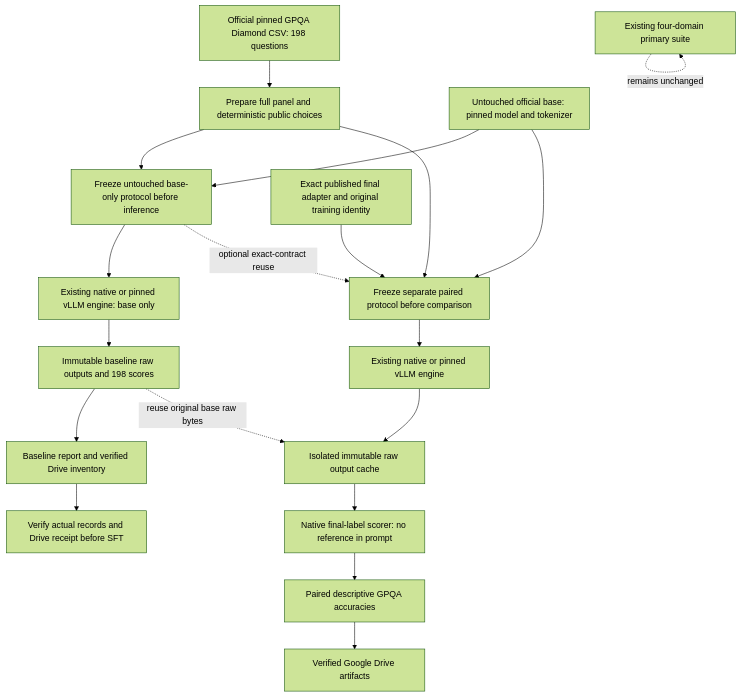
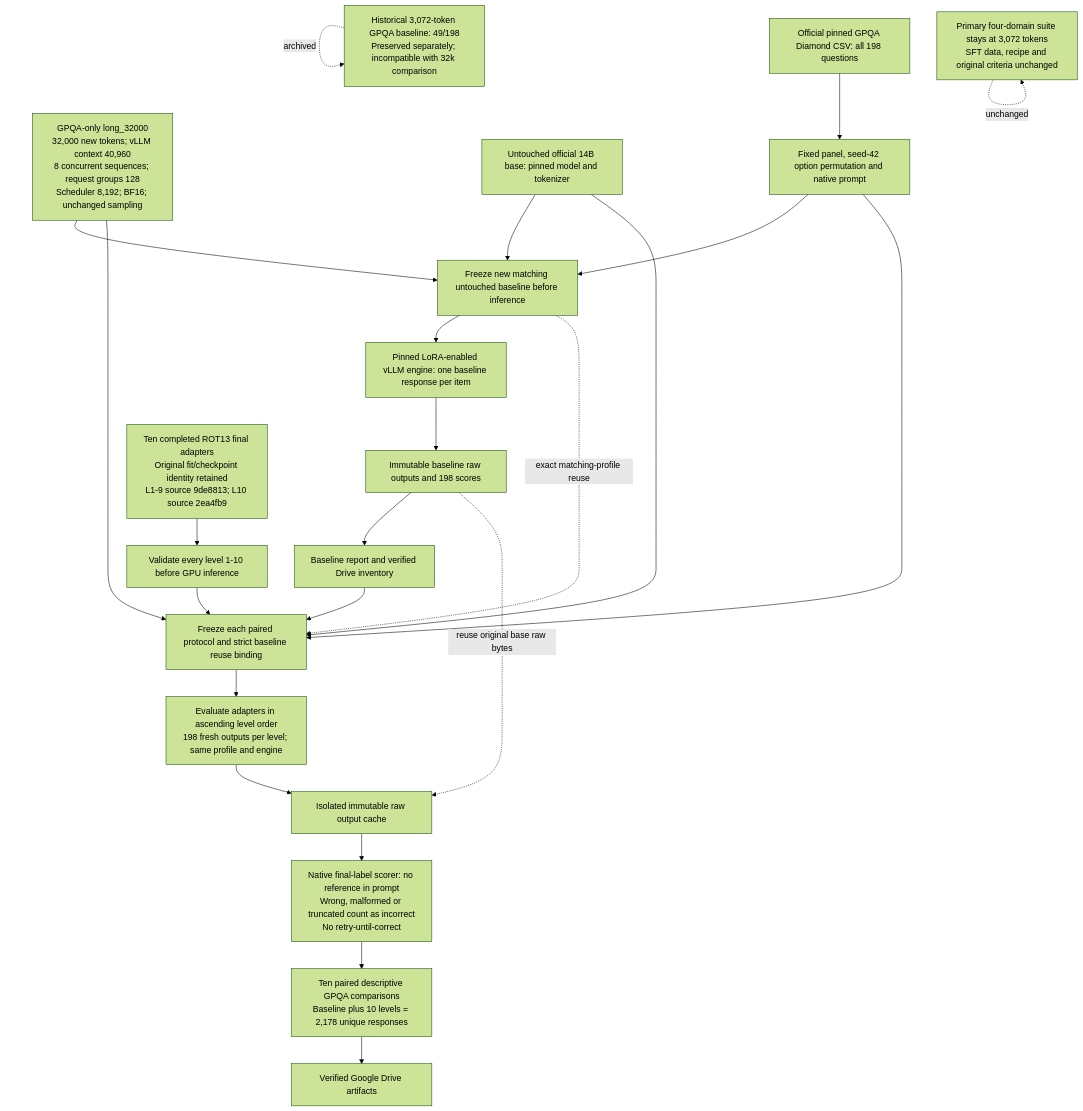
The diagram in spec/mermaid/workflows/evaluation/supplemental_gpqa.mmd (AJUNNYC/inducing_persistent_textual_chain_of_thought_illegibility), drawn with Mermaid (forest theme) before and after one commit. The commit also changed 38 other files, not shown here.

Commit message:
Document completed ROT13 matrix and long-budget GPQA evaluation

```diff
--- a/spec/mermaid/workflows/evaluation/supplemental_gpqa.mmd
+++ b/spec/mermaid/workflows/evaluation/supplemental_gpqa.mmd
@@ -1,19 +1,23 @@
 flowchart TD
-    O[Official pinned GPQA Diamond CSV: 198 questions] --> P[Prepare full panel and deterministic public choices]
-    P --> BF[Freeze untouched base-only protocol before inference]
-    B[Untouched official base: pinned model and tokenizer] --> BF
-    BF --> BG[Existing native or pinned vLLM engine: base only]
+    O[Official pinned GPQA Diamond CSV: all 198 questions] --> P[Fixed panel, seed-42 option permutation and native prompt]
+    PROFILE[GPQA-only long_32000<br/>32,000 new tokens; vLLM context 40,960<br/>8 concurrent sequences; request groups 128<br/>Scheduler 8,192; BF16; unchanged sampling] --> BF
+    P --> BF[Freeze new matching untouched baseline before inference]
+    B[Untouched official 14B base: pinned model and tokenizer] --> BF
+    BF --> BG[Pinned LoRA-enabled vLLM engine: one baseline response per item]
     BG --> BR[Immutable baseline raw outputs and 198 scores]
     BR --> BD[Baseline report and verified Drive inventory]
-    BD --> Q[Verify actual records and Drive receipt before SFT]
-    P --> F[Freeze separate paired protocol before comparison]
-    A[Exact published final adapter and original training identity] --> F
+    A[Ten completed ROT13 final adapters<br/>Original fit/checkpoint identity retained<br/>L1-9 source 9de8813; L10 source 2ea4fb9] --> V[Validate every level 1-10 before GPU inference]
+    V --> F[Freeze each paired protocol and strict baseline reuse binding]
+    P --> F
+    PROFILE --> F
+    BD --> F
     B --> F
-    BF -. optional exact-contract reuse .-> F
+    BF -. exact matching-profile reuse .-> F
     BR -. reuse original base raw bytes .-> R
-    F --> G[Existing native or pinned vLLM engine]
+    F --> G[Evaluate adapters in ascending level order<br/>198 fresh outputs per level; same profile and engine]
     G --> R[Isolated immutable raw output cache]
-    R --> S[Native final-label scorer: no reference in prompt]
-    S --> C[Paired descriptive GPQA accuracies]
+    R --> S[Native final-label scorer: no reference in prompt<br/>Wrong, malformed or truncated count as incorrect<br/>No retry-until-correct]
+    S --> C[Ten paired descriptive GPQA comparisons<br/>Baseline plus 10 levels = 2,178 unique responses]
     C --> D[Verified Google Drive artifacts]
-    X[Existing four-domain primary suite] -. remains unchanged .-> X
+    OLD[Historical 3,072-token GPQA baseline: 49/198<br/>Preserved separately; incompatible with 32k comparison] -. archived .-> OLD
+    X[Primary four-domain suite stays at 3,072 tokens<br/>SFT data, recipe and original criteria unchanged] -. unchanged .-> X
```
